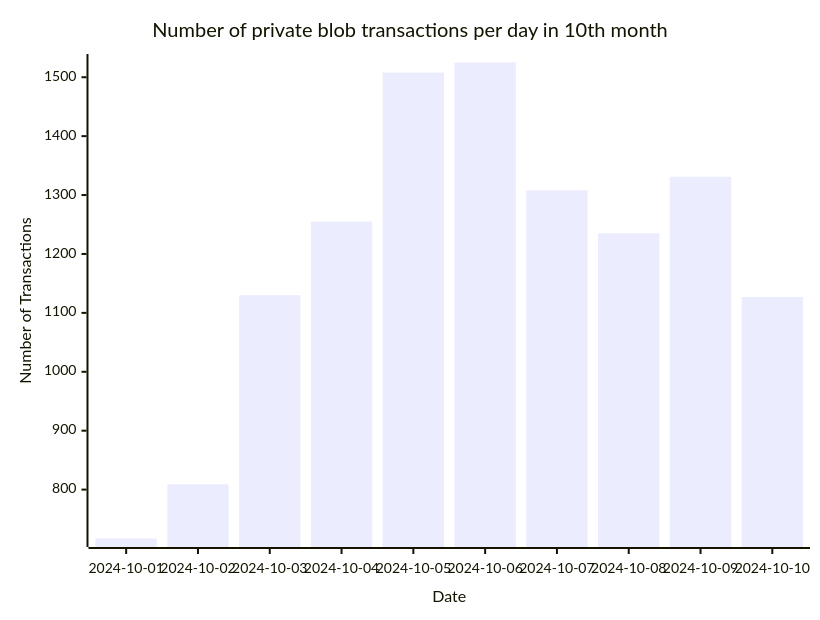
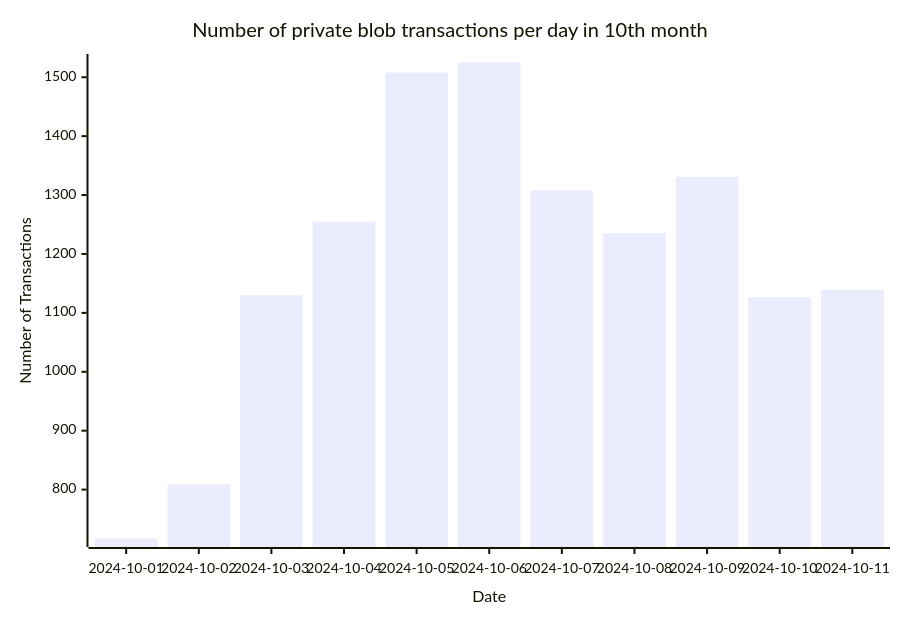
The eighth of 8 diagrams in README.md (Amit0617/eip4844-data), drawn with Mermaid before and after one commit. The commit also changed 1 other file, not shown here.

````diff
--- a/README.md
+++ b/README.md
@@ -92,12 +92,12 @@
 ```mermaid
 ---
 config:
     xyChart:
-        width: 800
+        width: 880
         height: 600
 ---
 xychart-beta title "Number of private blob transactions per day in 10th month"
-x-axis "Date" [2024-10-01,2024-10-02,2024-10-03,2024-10-04,2024-10-05,2024-10-06,2024-10-07,2024-10-08,2024-10-09,2024-10-10]
+x-axis "Date" [2024-10-01,2024-10-02,2024-10-03,2024-10-04,2024-10-05,2024-10-06,2024-10-07,2024-10-08,2024-10-09,2024-10-10,2024-10-11]
 y-axis "Number of Transactions"
-bar[717,809,1130,1255,1508,1525,1308,1235,1331,1127]
+bar[717,809,1130,1255,1508,1525,1308,1235,1331,1127,1139]
 ```
````
